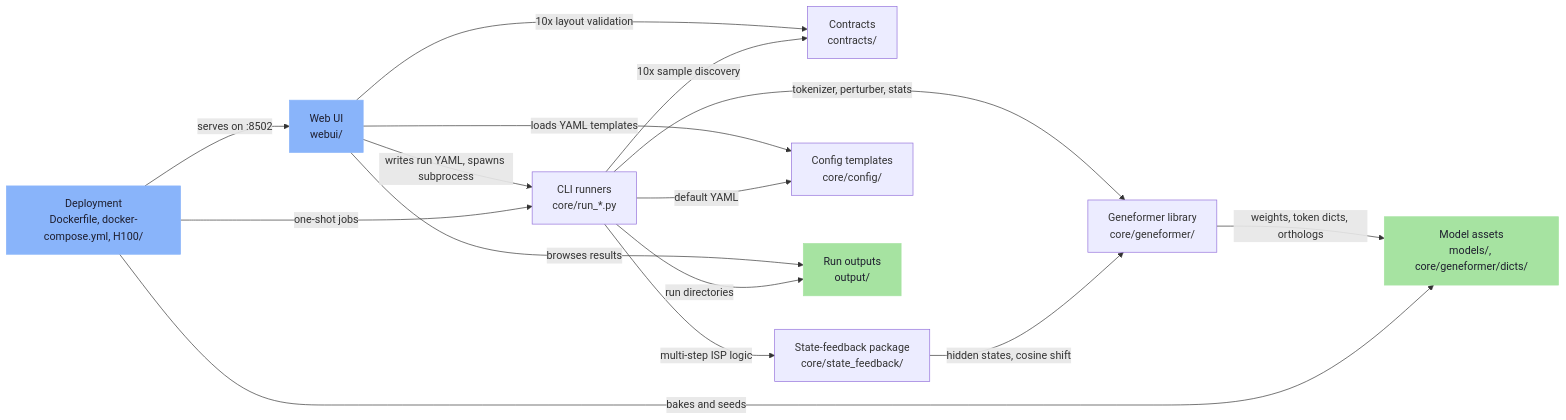
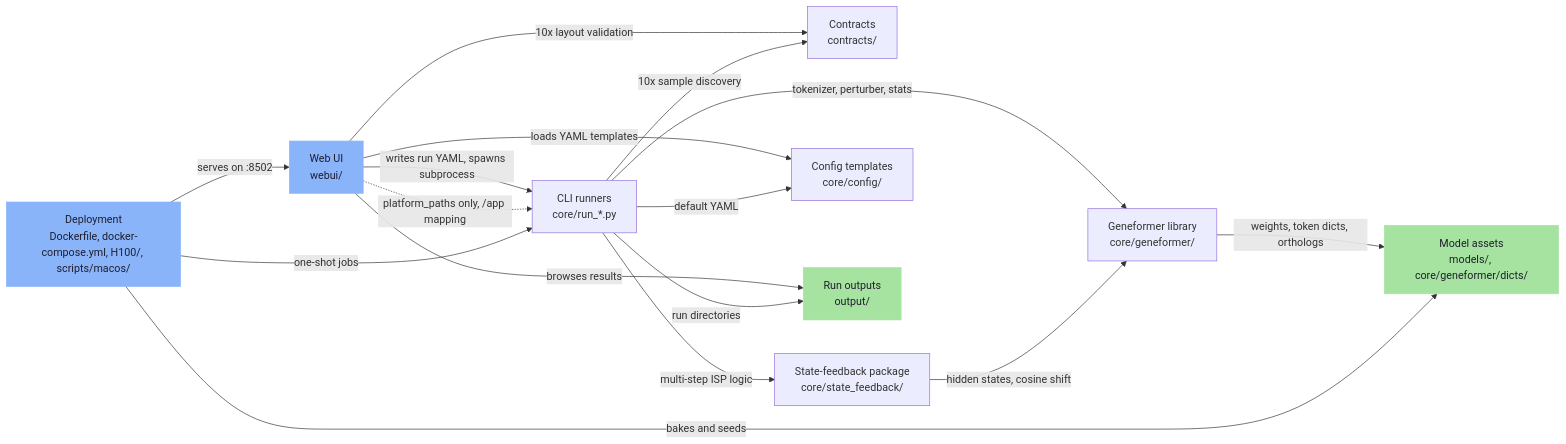
One commit to YuyaSanaki/ISP-Platform changed the diagram in .omm/overall-architecture/diagram.mmd. Above: the diagram before and after it, drawn with Mermaid. The commit also changed 56 other files, not shown here.

```diff
--- a/.omm/overall-architecture/diagram.mmd
+++ b/.omm/overall-architecture/diagram.mmd
@@ -1,30 +1,31 @@
 graph LR
     webui["Web UI\nwebui/"]
     contracts["Contracts\ncontracts/"]
     core-runners["CLI runners\ncore/run_*.py"]
     geneformer-lib["Geneformer library\ncore/geneformer/"]
     state-feedback["State-feedback package\ncore/state_feedback/"]
     config-templates["Config templates\ncore/config/"]
     model-assets["Model assets\nmodels/, core/geneformer/dicts/"]
     run-outputs["Run outputs\noutput/"]
-    deployment["Deployment\nDockerfile, docker-compose.yml, H100/"]
+    deployment["Deployment\nDockerfile, docker-compose.yml, H100/, scripts/macos/"]
     webui -->|"writes run YAML, spawns subprocess"| core-runners
     webui -->|"10x layout validation"| contracts
     webui -->|"loads YAML templates"| config-templates
     webui -->|"browses results"| run-outputs
+    webui -.->|"platform_paths only, /app mapping"| core-runners
     core-runners -->|"10x sample discovery"| contracts
     core-runners -->|"default YAML"| config-templates
     core-runners -->|"tokenizer, perturber, stats"| geneformer-lib
     core-runners -->|"multi-step ISP logic"| state-feedback
     state-feedback -->|"hidden states, cosine shift"| geneformer-lib
     geneformer-lib -->|"weights, token dicts, orthologs"| model-assets
     core-runners -->|"run directories"| run-outputs
     deployment -->|"serves on :8502"| webui
     deployment -->|"one-shot jobs"| core-runners
     deployment -->|"bakes and seeds"| model-assets
     class webui,deployment entry
     class model-assets,run-outputs store
     classDef external fill:#585b70,stroke:#585b70,color:#cdd6f4
     classDef concern fill:#f38ba8,stroke:#f38ba8,color:#1e1e2e
     classDef entry fill:#89b4fa,stroke:#89b4fa,color:#1e1e2e
     classDef store fill:#a6e3a1,stroke:#a6e3a1,color:#1e1e2e
```
